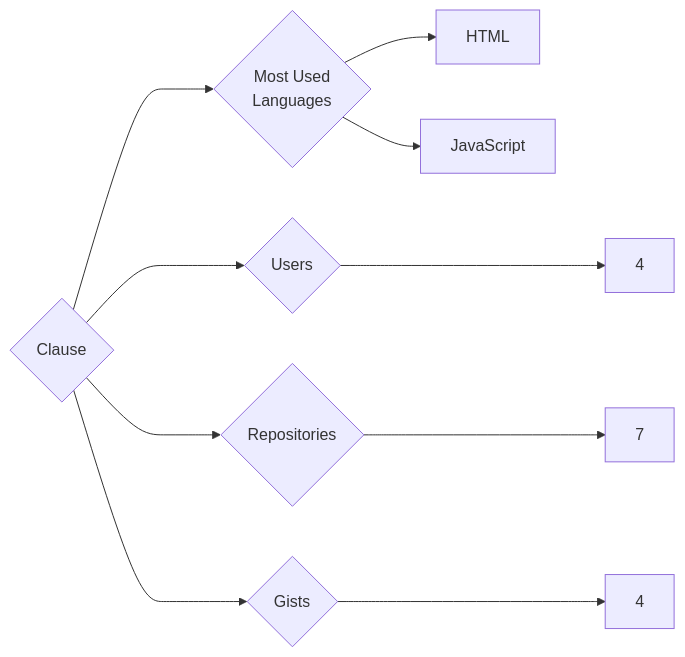
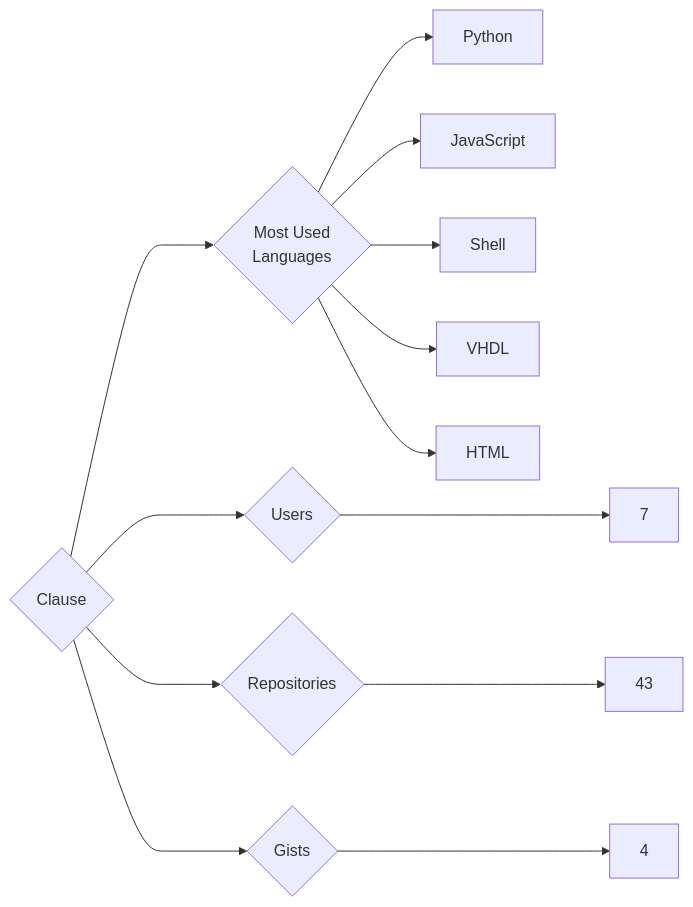
One commit to trickest/insiders changed the diagram in targets/Clause/README.md. Above: the diagram before and after it, drawn with Mermaid. The commit also changed 1084 other files, not shown here.

````diff
--- a/targets/Clause/README.md
+++ b/targets/Clause/README.md
@@ -3,10 +3,13 @@
 ```mermaid
 graph LR
 COMPANY_NAME{Clause}
-COMPANY_NAME ---> U{Users} ---> UN[4]
-COMPANY_NAME ---> R{Repositories} ---> RN[7]
+COMPANY_NAME ---> U{Users} ---> UN[7]
+COMPANY_NAME ---> R{Repositories} ---> RN[43]
 COMPANY_NAME ---> G{Gists} ---> GN[4]
 COMPANY_NAME ---> ML{Most Used<br>Languages}
+ML --> Python[Python]
+ML --> JavaScript[JavaScript]
+ML --> Shell[Shell]
+ML --> VHDL[VHDL]
 ML --> HTML[HTML]
-ML --> JavaScript[JavaScript]
 ```
````
